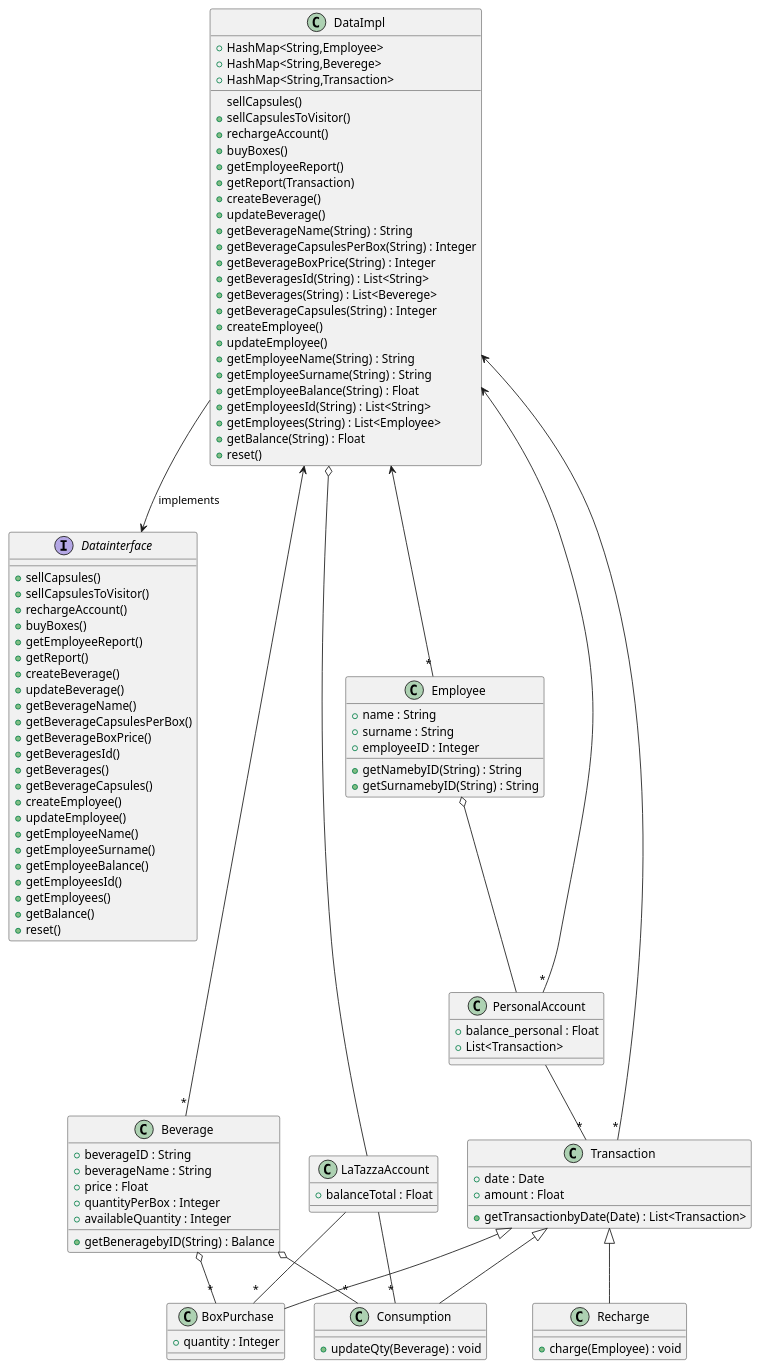
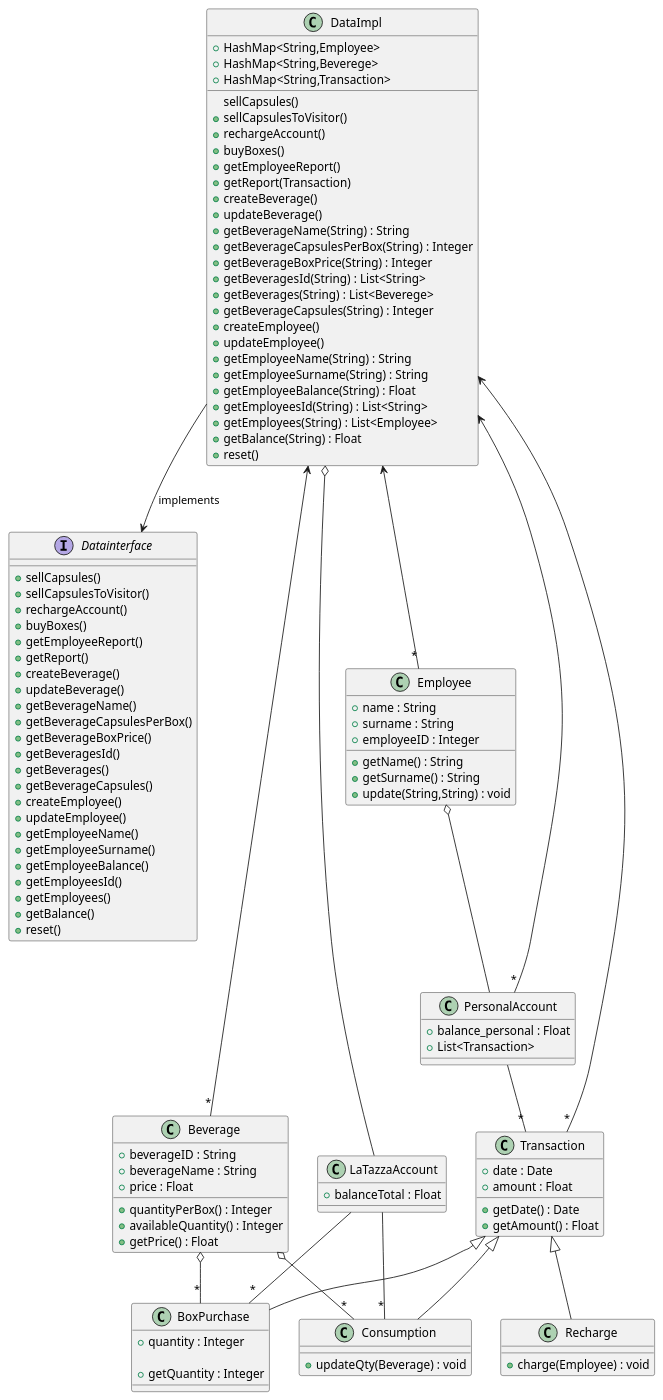
Before and after one commit to salvatore-dimartino/LaTazza: the third of 7 diagrams in templates/DesignDocumentTemplate.md, drawn with PlantUML.

```diff
--- a/templates/DesignDocumentTemplate.md
+++ b/templates/DesignDocumentTemplate.md
@@ -148,30 +148,34 @@
     +name : String
     +surname : String
     +employeeID : Integer
-    +getNamebyID(String) : String
-    +getSurnamebyID(String) : String
+    
+    +getName() : String
+    +getSurname() : String
+    +update(String,String) : void
 }
 
 class Beverage {
     +beverageID : String
     +beverageName : String
     +price : Float
-    +quantityPerBox : Integer
-    +availableQuantity : Integer
-    +getBeneragebyID(String) : Balance
+    
+    +quantityPerBox() : Integer
+    +availableQuantity() : Integer
+    +getPrice() : Float
 }
 
 class BoxPurchase {
+    +quantity : Integer
     
-    +quantity : Integer
+    +getQuantity : Integer
 }
 
 class Transaction {
     +date : Date
     +amount : Float
 
-
-    +getTransactionbyDate(Date) : List<Transaction>
+    +getDate() : Date
+    +getAmount() : Float
 }
 
 DataImpl <-- "*" Employee
```
